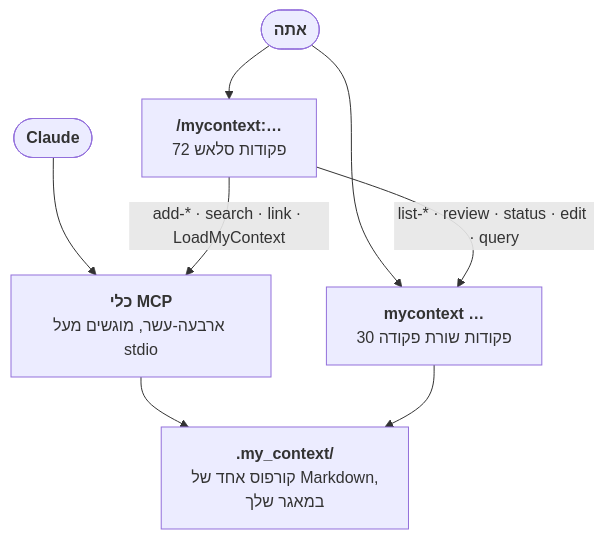
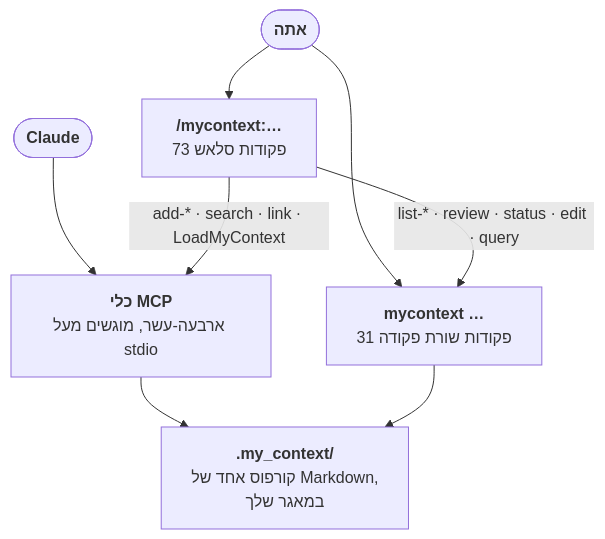
The fourth of 5 diagrams in docs/README.he.md (Dudi-Bar-On/my-context), drawn with Mermaid before and after one commit. The commit also changed other lines of this file and 1 other file, not shown here.

First line of the commit message:
docs(readme): both documents learn that mycontext todo exists

````diff
--- a/docs/README.he.md
+++ b/docs/README.he.md
@@ -1871,10 +1871,10 @@
 ```mermaid
 flowchart TB
-  U(["<b>אתה</b>"]) --> SL["<b>/mycontext:…</b><br/>72 פקודות סלאש"]
-  U --> CL["<b>mycontext …</b><br/>30 פקודות שורת פקודה"]
+  U(["<b>אתה</b>"]) --> SL["<b>/mycontext:…</b><br/>73 פקודות סלאש"]
+  U --> CL["<b>mycontext …</b><br/>31 פקודות שורת פקודה"]
   A(["<b>Claude</b>"]) --> TL["<b>כלי MCP</b><br/>ארבעה-עשר, מוגשים מעל stdio"]
   SL -->|"add-* · search · link · LoadMyContext"| TL
   SL -->|"list-* · review · status · edit · query"| CL
   TL --> CO["<b>.my_context/</b><br/>קורפוס אחד של Markdown,<br/>במאגר שלך"]
   CL --> CO
 ```
````
